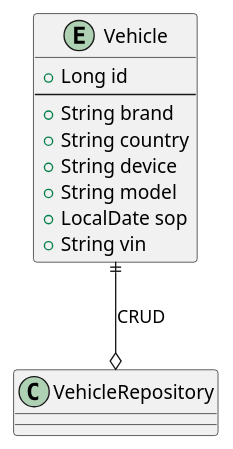
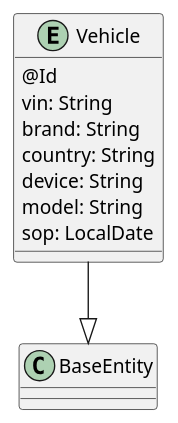
One commit to Dinesh-s95/AutoDoc.ai changed the second of 2 diagrams in vehiclemanagement/documentation/detaileddesign.adoc. Above: the diagram before and after it, drawn with PlantUML. The commit also changed other lines of this file and 16 other files, not shown here.

```diff
--- a/vehiclemanagement/documentation/detaileddesign.adoc
+++ b/vehiclemanagement/documentation/detaileddesign.adoc
@@ -134,15 +87,14 @@
 [plantuml, er-diagram]
 ----
 entity Vehicle {
-  + Long id
-  --
-  + String brand
-  + String country
-  + String device
-  + String model
-  + LocalDate sop
-  + String vin
+  @Id
+  vin: String
+  brand: String
+  country: String
+  device: String
+  model: String
+  sop: LocalDate
 }
 
-Vehicle ||--o VehicleRepository : CRUD
+Vehicle --|> BaseEntity
 ----
```
